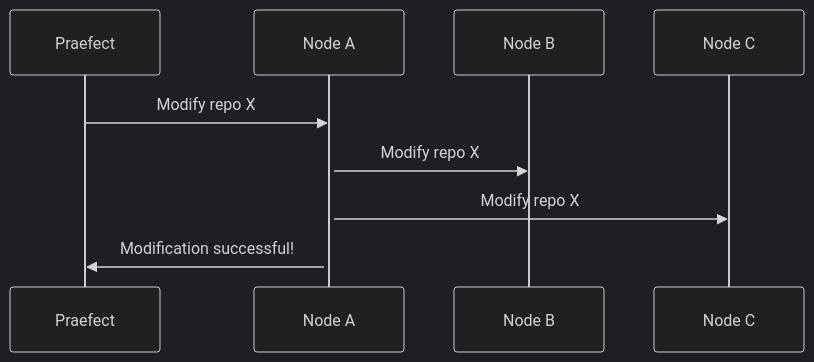
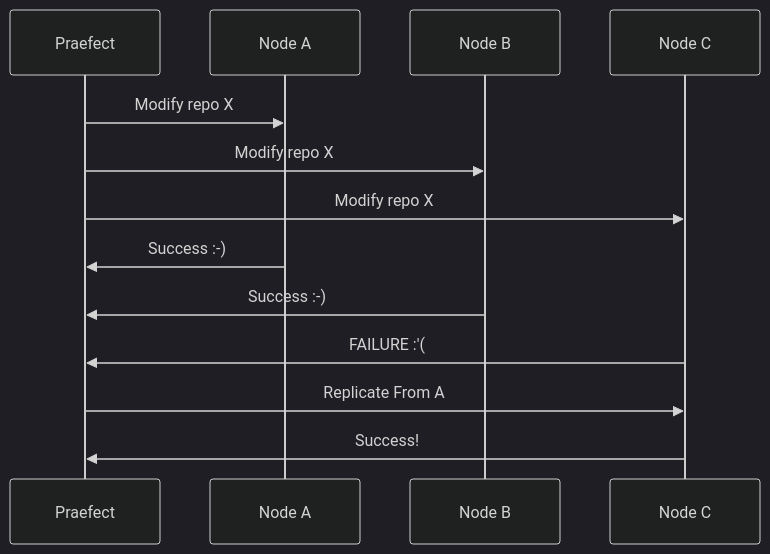
The third of 7 diagrams in doc/design_ha.md (k00mi/gitaly), drawn with Mermaid (dark theme) before and after one commit. The commit also changed other lines of this file, not shown here.

Commit message:
Document Praefect replication of forks

````diff
--- a/doc/design_ha.md
+++ b/doc/design_ha.md
@@ -94,8 +99,11 @@
 ```mermaid
 sequenceDiagram
 	Praefect->>Node A: Modify repo X
-	activate Node A
-	Node A->>Node B: Modify repo X
-	Node A->>Node C: Modify repo X
-	Node A->>Praefect: Modification successful!
+	Praefect->>Node B: Modify repo X
+	Praefect->>Node C: Modify repo X
+	Node A->>Praefect: Success :-)
+	Node B->>Praefect: Success :-)
+	Node C->>Praefect: FAILURE :'(
+	Praefect->>Node C: Replicate From A
+	Node C->>Praefect: Success!
 ```
````
